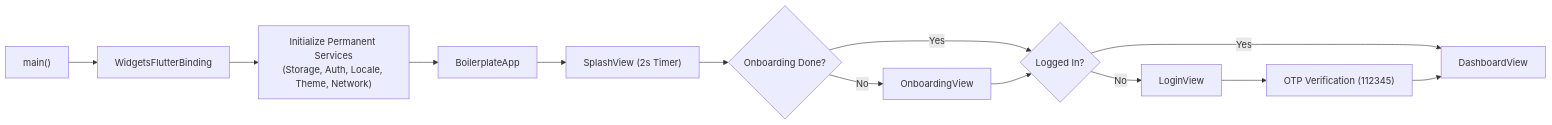
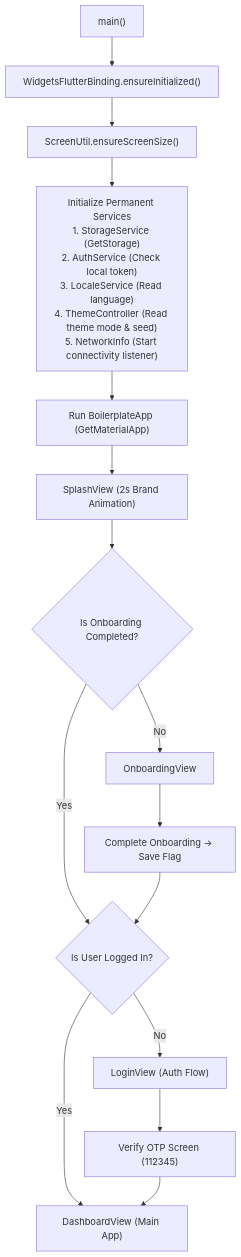
The third of 5 diagrams in README.md (SheikhAman/flutter-getx-mvc-boilerplate), drawn with Mermaid before and after one commit. The commit also changed other lines of this file, not shown here.

Commit message:
docs: modernize README with complete architecture graphs, beginner guide, and video roadmap

````diff
--- a/README.md
+++ b/README.md
@@ -118,15 +164,17 @@
 ```mermaid
-flowchart LR
-    A["main()"] --> B["WidgetsFlutterBinding"]
-    B --> C["Initialize Permanent Services<br>(Storage, Auth, Locale, Theme, Network)"]
-    C --> D["BoilerplateApp"]
-    D --> E["SplashView (2s Timer)"]
-    E --> F{"Onboarding Done?"}
-    F -- "No" --> G["OnboardingView"]
-    F -- "Yes" --> H{"Logged In?"}
-    G --> H
-    H -- "No" --> I["LoginView"]
-    H -- "Yes" --> J["DashboardView"]
-    I --> K["OTP Verification (112345)"]
-    K --> J
+flowchart TD
+    A["main()"] --> B["WidgetsFlutterBinding.ensureInitialized()"]
+    B --> C["ScreenUtil.ensureScreenSize()"]
+    C --> D["Initialize Permanent Services<br>1. StorageService (GetStorage)<br>2. AuthService (Check local token)<br>3. LocaleService (Read language)<br>4. ThemeController (Read theme mode & seed)<br>5. NetworkInfo (Start connectivity listener)"]
+    D --> E["Run BoilerplateApp (GetMaterialApp)"]
+    E --> F["SplashView (2s Brand Animation)"]
+    F --> G{"Is Onboarding Completed?"}
+    G -- "No" --> H["OnboardingView"]
+    H --> I["Complete Onboarding -> Save Flag"]
+    G -- "Yes" --> J{"Is User Logged In?"}
+    I --> J
+    J -- "No" --> K["LoginView (Auth Flow)"]
+    J -- "Yes" --> L["DashboardView (Main App)"]
+    K --> M["Verify OTP Screen (112345)"]
+    M --> L
 ```
````
